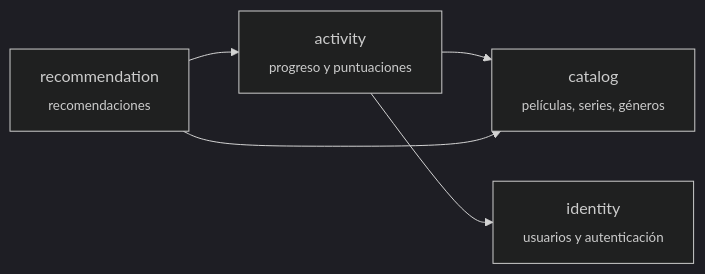
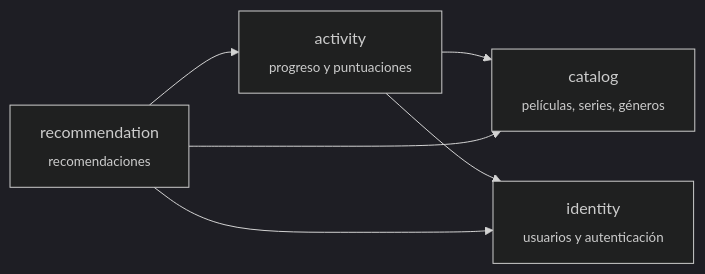
The diagram in README.es.md (paulaciano/streamstories), drawn with Mermaid (dark theme) before and after one commit. The commit also changed other lines of this file and 25 other files, not shown here.

````diff
--- a/README.es.md
+++ b/README.es.md
@@ -36,12 +36,13 @@
 ```mermaid
 flowchart LR
     identity["identity<br/><sub>usuarios y autenticación</sub>"]
     catalog["catalog<br/><sub>películas, series, géneros</sub>"]
     activity["activity<br/><sub>progreso y puntuaciones</sub>"]
     reco["recommendation<br/><sub>recomendaciones</sub>"]
 
     activity --> catalog
     activity --> identity
     reco --> activity
     reco --> catalog
+    reco --> identity
 ```
````
